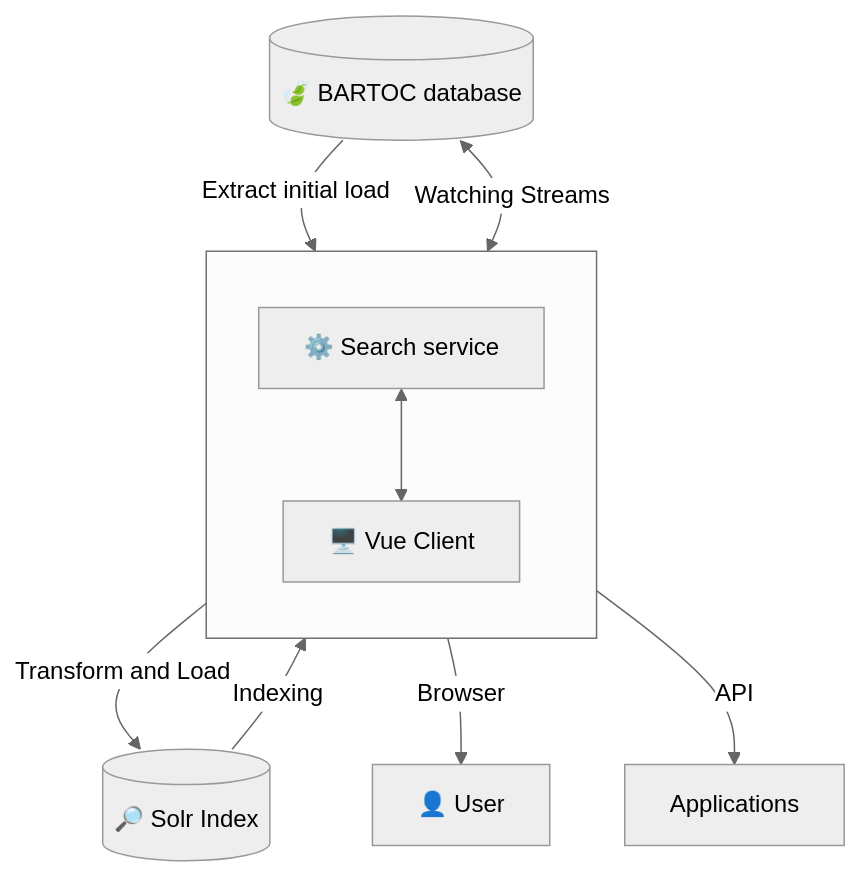
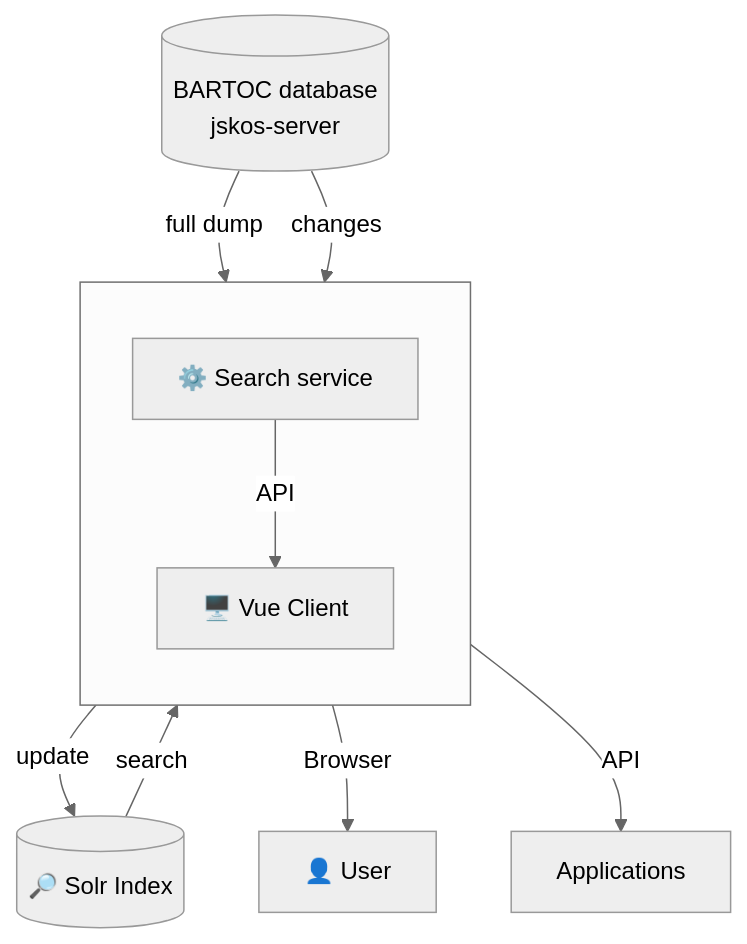
Before and after one commit to gbv/bartoc-search: the diagram in README.md, drawn with Mermaid (neutral theme). The commit also changed other lines of this file, not shown here.

```diff
--- a/README.md
+++ b/README.md
@@ -64,26 +227,22 @@
 ~~~mermaid
 graph TD
   Solr[(🔎 Solr Index)]
-  DB[(🍃 BARTOC database)]
-  subgraph search service [ ]
+  DB[("BARTOC database<br>jskos-server")]
+  subgraph bartoc-search [ ]
     direction TB
     Server[⚙️ Search service]
     Client[🖥️ Vue Client]
   end
-  Client[🖥️ Vue Client]
 
   User[👤 User]
 
-  Applications
+  DB -- full dump --> Server
+  DB -- changes --> Server
 
-  %% FLOWS %%
-  DB -- "Extract initial load" --> Server
-  DB <-- "Watching Streams"        --> Server
+  Server -->|update| Solr
+  Solr   -->|search| Server
 
-  Server -->|Transform and Load| Solr
-  Solr   -->|Indexing         | Server
-
-  Server <--> Client
-  Client -- "Browser" --> User
-  Server -- "API"     --> Applications
+  Server --API --> Client
+  Client -- Browser --> User
+  Server -- API     --> Applications
 ~~~
```
